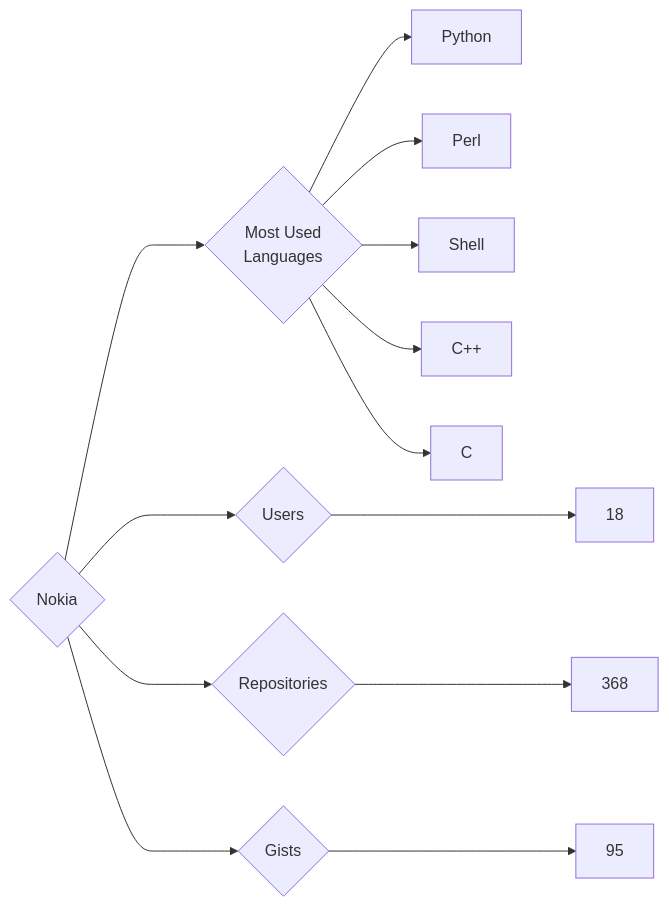
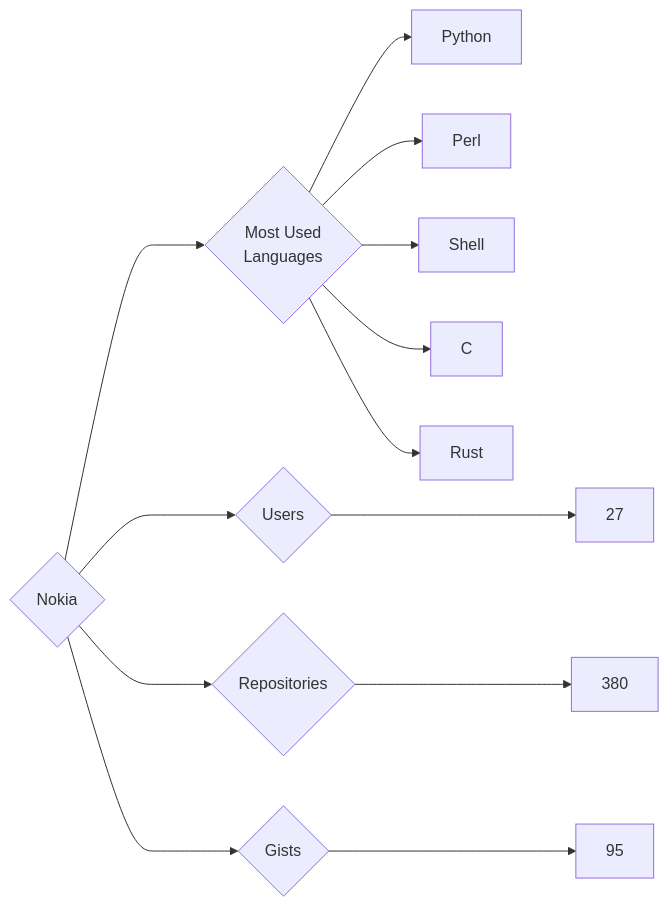
One commit to trickest/insiders changed the diagram in targets/Nokia/README.md. Above: the diagram before and after it, drawn with Mermaid. The commit also changed 725 other files, not shown here.

````diff
--- a/targets/Nokia/README.md
+++ b/targets/Nokia/README.md
@@ -3,13 +3,13 @@
 ```mermaid
 graph LR
 COMPANY_NAME{Nokia}
-COMPANY_NAME ---> U{Users} ---> UN[18]
-COMPANY_NAME ---> R{Repositories} ---> RN[368]
+COMPANY_NAME ---> U{Users} ---> UN[27]
+COMPANY_NAME ---> R{Repositories} ---> RN[380]
 COMPANY_NAME ---> G{Gists} ---> GN[95]
 COMPANY_NAME ---> ML{Most Used<br>Languages}
 ML --> Python[Python]
 ML --> Perl[Perl]
 ML --> Shell[Shell]
-ML --> C++[C++]
 ML --> C[C]
+ML --> Rust[Rust]
 ```
````
